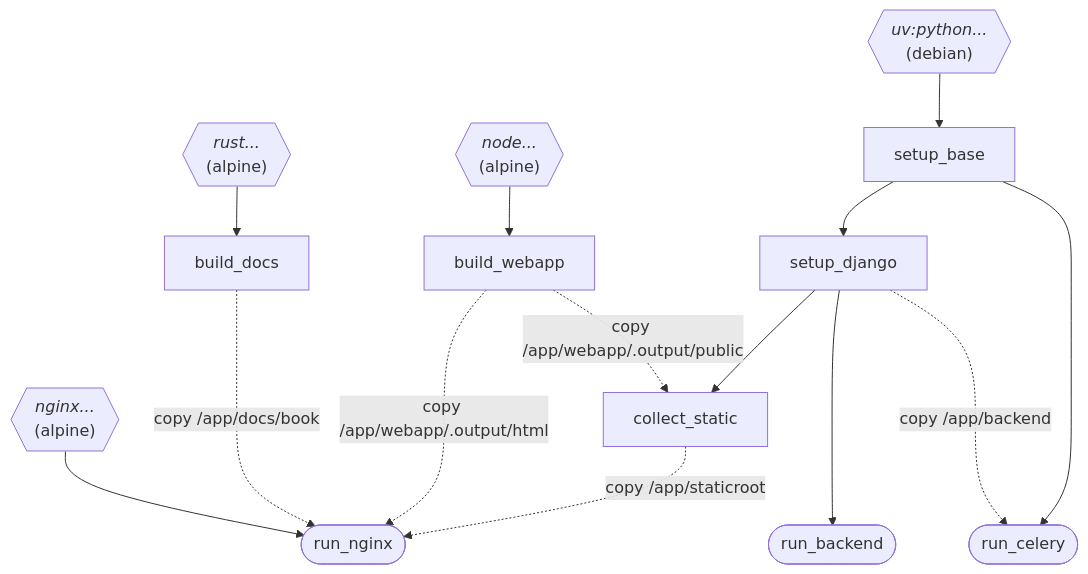
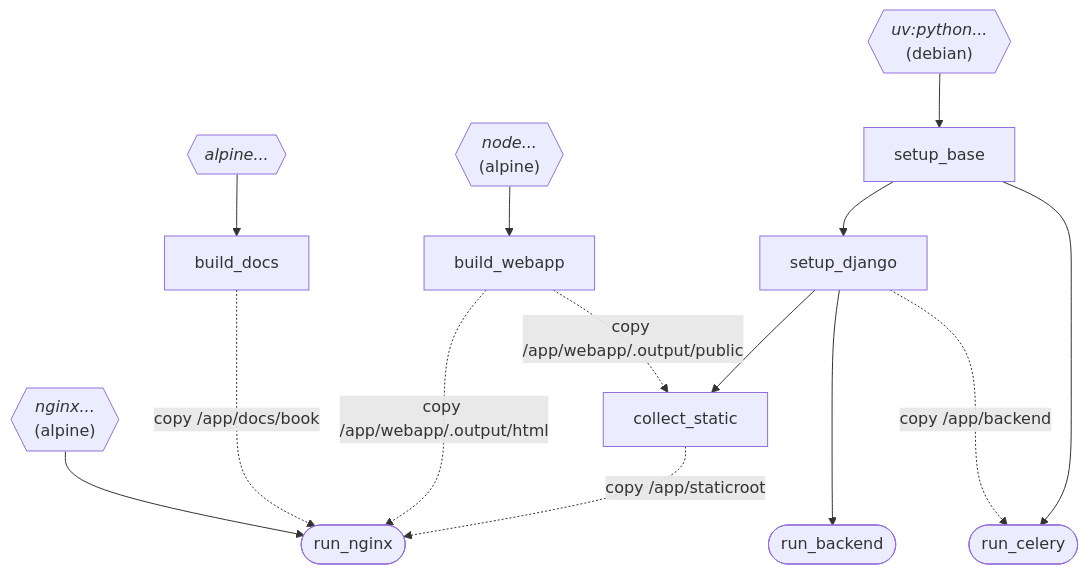
The first of 2 diagrams in docs/src/internals/docker.md (KSIUJ/gutenberg), drawn with Mermaid before and after one commit. The commit also changed 5 other files, not shown here.

````diff
--- a/docs/src/internals/docker.md
+++ b/docs/src/internals/docker.md
@@ -14,31 +14,30 @@
 ```mermaid
 flowchart TD
     nginx{{"`_nginx..._
         (alpine)`"}}
-    rust{{"`_rust..._
-        (alpine)`"}}
+    alpine{{"`_alpine..._`"}}
     node{{"`_node..._
         (alpine)`"}}
     uv{{"`_uv:python..._
         (debian)`"}}
         
-    rust --> build_docs
+    alpine --> build_docs
     
     node --> build_webapp
 
     uv --> setup_base
     setup_base --> setup_django
 
     setup_django --> collect_static
 
     setup_django ---> run_backend([run_backend])
 
     setup_base ----> run_celery([run_celery])
     setup_django -. copy /app/backend .-> run_celery
 
     nginx --> run_nginx
     build_docs -. "copy /app/docs/book" ..-> run_nginx([run_nginx])
     build_webapp -. "copy /app/webapp/.output/html" .-> run_nginx([run_nginx])
     build_webapp -. "copy /app/webapp/.output/public" .-> collect_static
     collect_static -. copy /app/staticroot .-> run_nginx([run_nginx])
 ```
````
